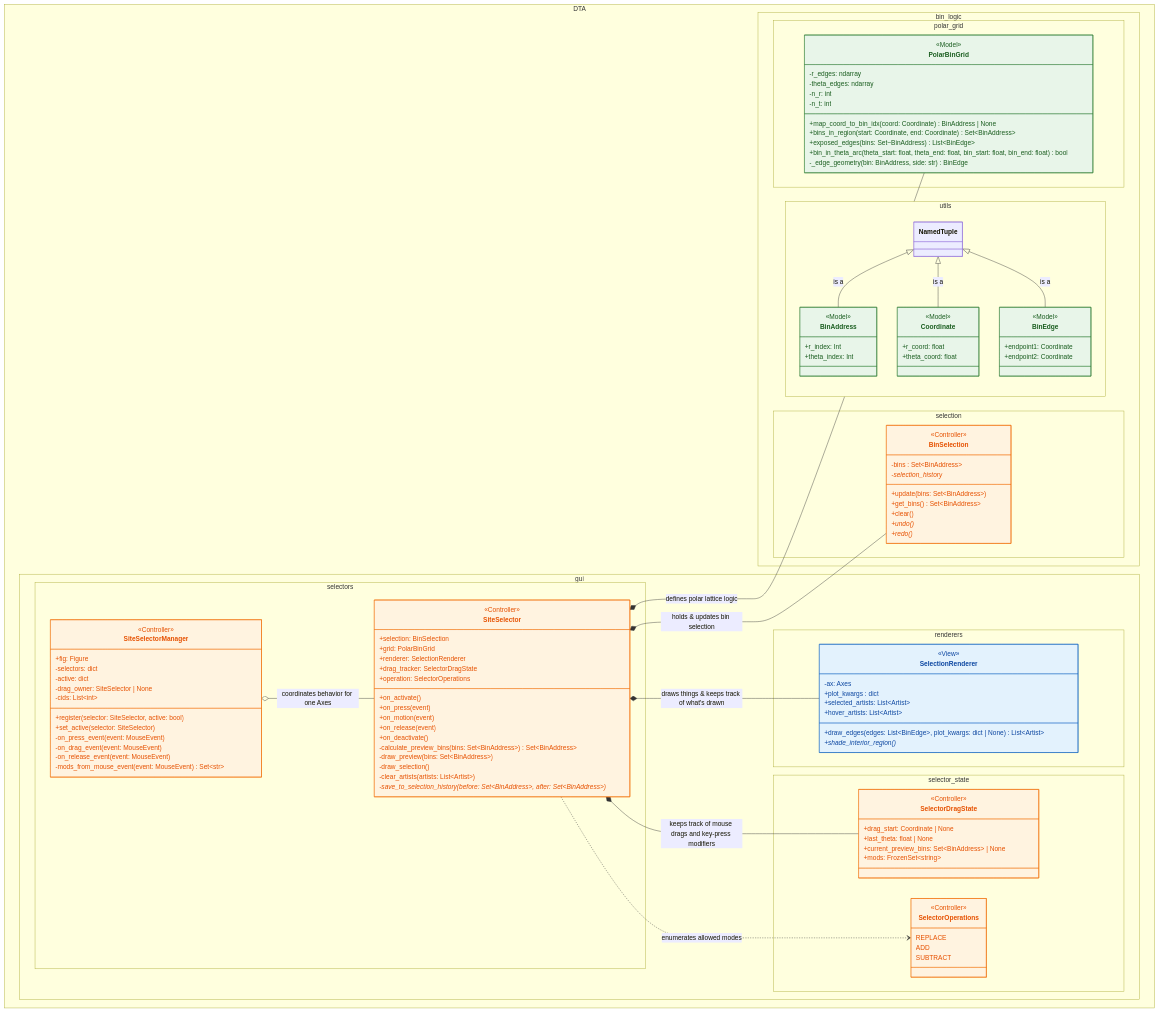
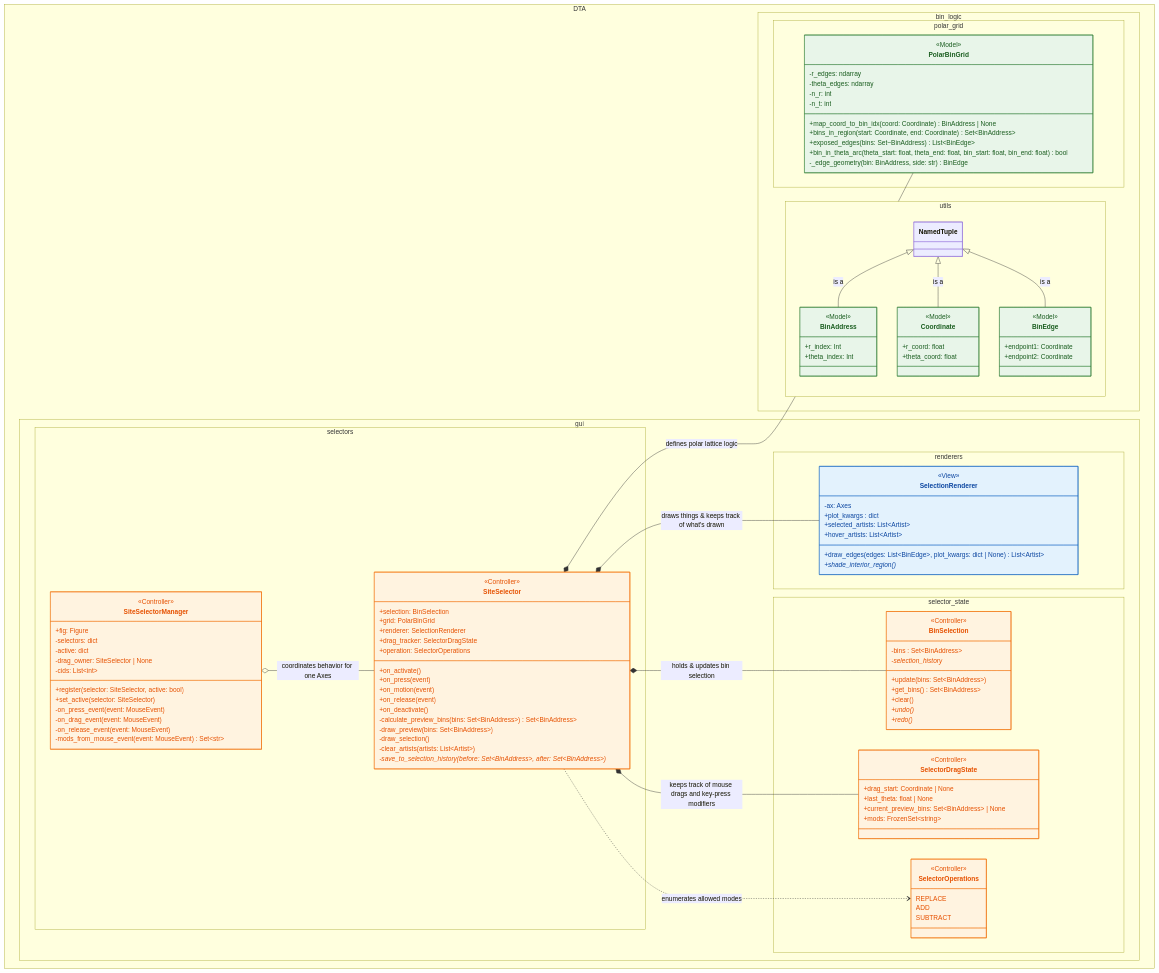
The first of 4 diagrams in python/dta/gui/README.md (BranniganLab/density_threshold_affinity), drawn with Mermaid before and after one commit.

Commit message:
Update namespace structure in README.md

```diff
--- a/python/dta/gui/README.md
+++ b/python/dta/gui/README.md
@@ -123,7 +123,8 @@
 %% =========================
 %% Controller
 %% =========================
-namespace DTA.bin_logic.selection {
+
+namespace DTA.gui.selector_state {
 class BinSelection {
     -bins : Set~BinAddress~
     -selection_history*
@@ -133,9 +134,7 @@
     +undo()*
     +redo()*
 }
-}
 
-namespace DTA.gui.selector_state {
 class SelectorOperations {
     <<enumeration>>
     REPLACE
```
